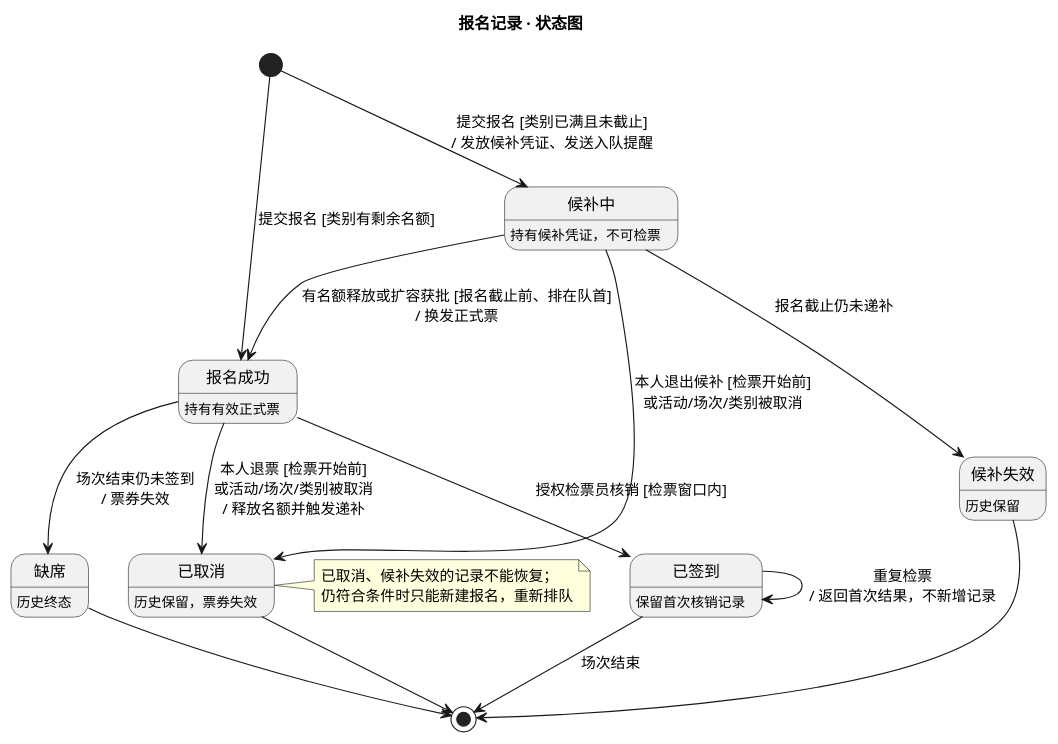
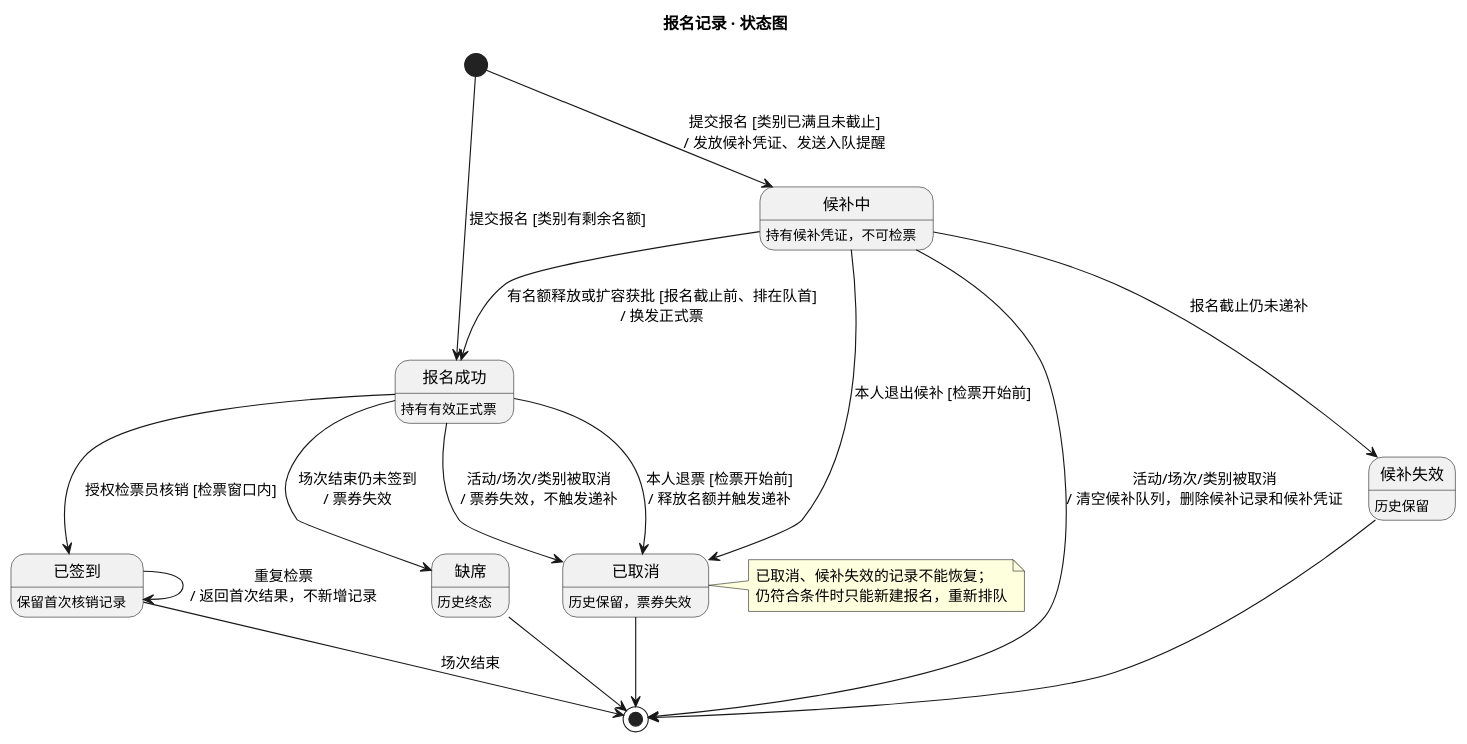
One commit to littleR77/2026SE-lab1 changed the diagram in lab2/UML/UML状态图-报名记录.puml. Above: the diagram before and after it, drawn with PlantUML. The commit also changed 6 other files, not shown here.

```diff
--- a/lab2/UML/UML状态图-报名记录.puml
+++ b/lab2/UML/UML状态图-报名记录.puml
@@ -1,38 +1,40 @@
 @startuml UML状态图-报名记录
 ' 行为性图：状态图。核心业务对象“报名记录”的 6 种状态及转换（对应 lab1 需求“核心业务状态与转换规则”）
 skinparam defaultFontName "Microsoft YaHei"
 skinparam shadowing false
 
 title 报名记录 · 状态图
 
 state "候补中" as Waiting : 持有候补凭证，不可检票
 state "报名成功" as Confirmed : 持有有效正式票
 state "已签到" as CheckedIn : 保留首次核销记录
 state "已取消" as Cancelled : 历史保留，票券失效
 state "缺席" as Absent : 历史终态
 state "候补失效" as Expired : 历史保留
 
 [*] --> Confirmed : 提交报名 [类别有剩余名额]
 [*] --> Waiting : 提交报名 [类别已满且未截止]\n/ 发放候补凭证、发送入队提醒
 
 Waiting --> Confirmed : 有名额释放或扩容获批 [报名截止前、排在队首]\n/ 换发正式票
-Waiting --> Cancelled : 本人退出候补 [检票开始前]\n或活动/场次/类别被取消
+Waiting --> Cancelled : 本人退出候补 [检票开始前]
+Waiting --> [*] : 活动/场次/类别被取消\n/ 清空候补队列，删除候补记录和候补凭证
 Waiting --> Expired : 报名截止仍未递补
 
 Confirmed --> CheckedIn : 授权检票员核销 [检票窗口内]
-Confirmed --> Cancelled : 本人退票 [检票开始前]\n或活动/场次/类别被取消\n/ 释放名额并触发递补
+Confirmed --> Cancelled : 本人退票 [检票开始前]\n/ 释放名额并触发递补
+Confirmed --> Cancelled : 活动/场次/类别被取消\n/ 票券失效，不触发递补
 Confirmed --> Absent : 场次结束仍未签到\n/ 票券失效
 
 CheckedIn --> CheckedIn : 重复检票\n/ 返回首次结果，不新增记录
 
 Cancelled --> [*]
 Absent --> [*]
 Expired --> [*]
 CheckedIn --> [*] : 场次结束
 
 note right of Cancelled
   已取消、候补失效的记录不能恢复；
   仍符合条件时只能新建报名，重新排队
 end note
 
 @enduml
```
